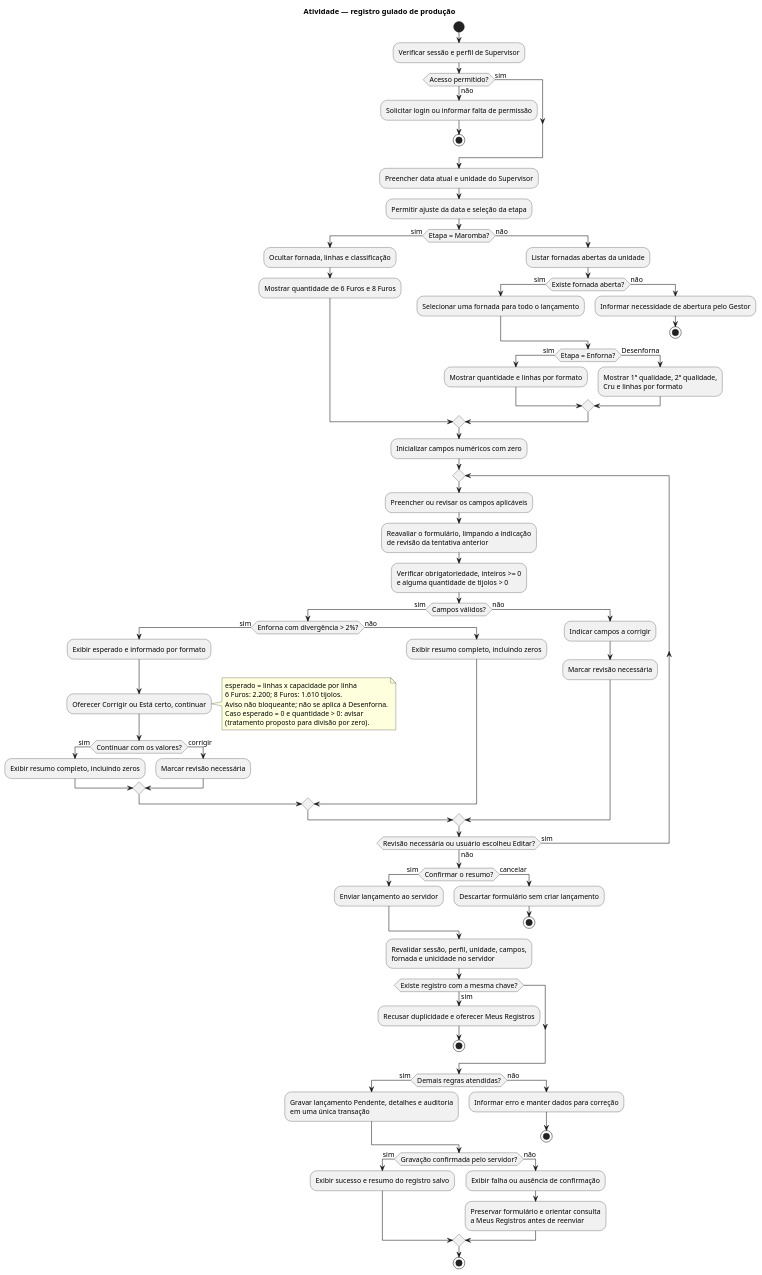
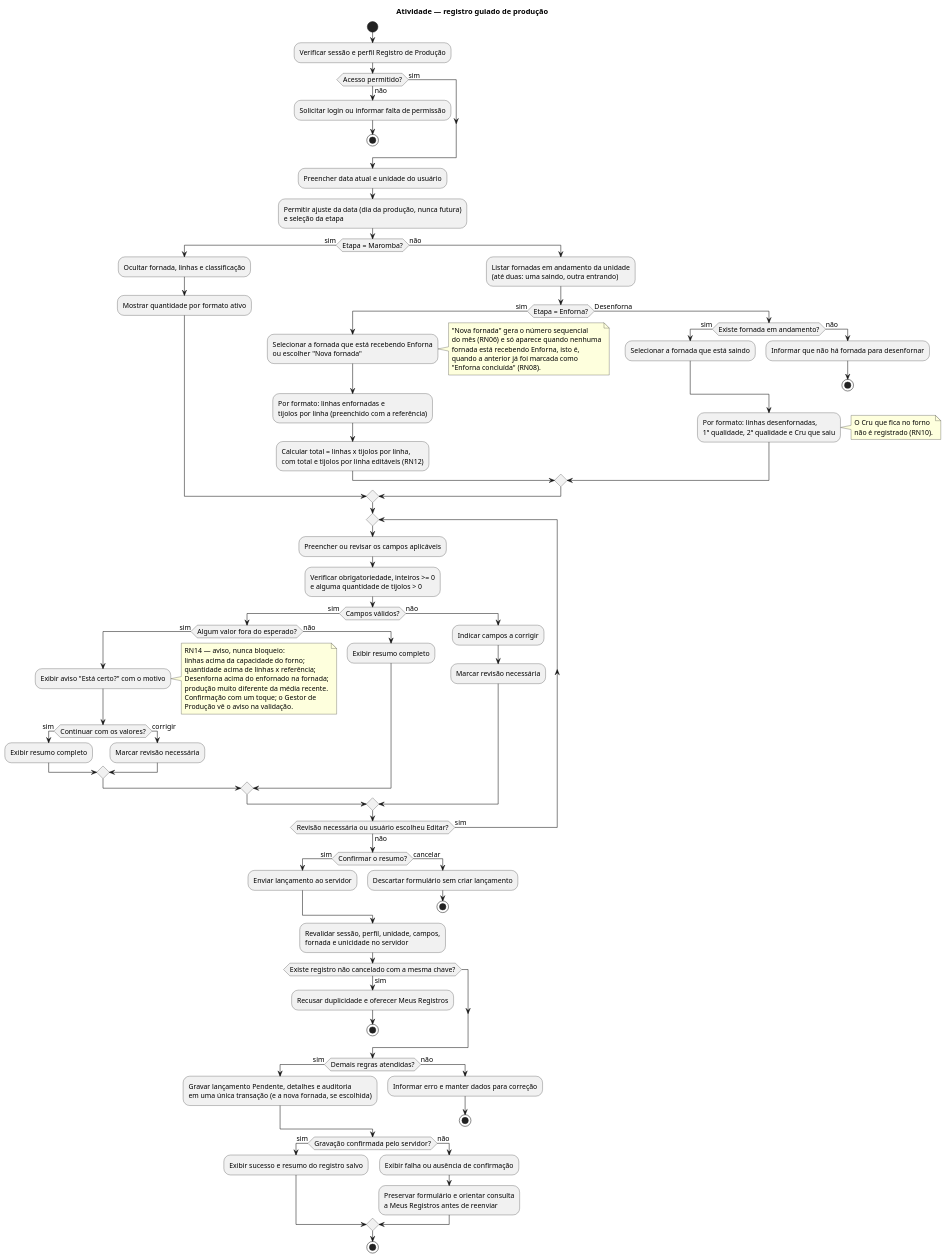
One commit to emilynerys/Projeto-Cer-mica-SOCRE changed the diagram in docs/uml/03_atividade_registrar_producao.puml. Above: the diagram before and after it, drawn with PlantUML. The commit also changed 21 other files, not shown here.

First line of the commit message:
Revisa os diagramas UML com o levantamento de outubro/2026

```diff
--- a/docs/uml/03_atividade_registrar_producao.puml
+++ b/docs/uml/03_atividade_registrar_producao.puml
@@ -1,96 +1,112 @@
 @startuml
 skinparam shadowing false
 skinparam defaultFontName Arial
 skinparam defaultFontSize 13
 title Atividade — registro guiado de produção
 
 start
-:Verificar sessão e perfil de Supervisor;
+:Verificar sessão e perfil Registro de Produção;
 if (Acesso permitido?) then (sim)
 else (não)
   :Solicitar login ou informar falta de permissão;
   stop
 endif
-:Preencher data atual e unidade do Supervisor;
-:Permitir ajuste da data e seleção da etapa;
+:Preencher data atual e unidade do usuário;
+:Permitir ajuste da data (dia da produção, nunca futura)
+e seleção da etapa;
 
 if (Etapa = Maromba?) then (sim)
   :Ocultar fornada, linhas e classificação;
-  :Mostrar quantidade de 6 Furos e 8 Furos;
+  :Mostrar quantidade por formato ativo;
 else (não)
-  :Listar fornadas abertas da unidade;
-  if (Existe fornada aberta?) then (sim)
-    :Selecionar uma fornada para todo o lançamento;
-  else (não)
-    :Informar necessidade de abertura pelo Gestor;
-    stop
-  endif
+  :Listar fornadas em andamento da unidade
+  (até duas: uma saindo, outra entrando);
   if (Etapa = Enforna?) then (sim)
-    :Mostrar quantidade e linhas por formato;
+    :Selecionar a fornada que está recebendo Enforna
+    ou escolher "Nova fornada";
+    note right
+      "Nova fornada" gera o número sequencial
+      do mês (RN06) e só aparece quando nenhuma
+      fornada está recebendo Enforna, isto é,
+      quando a anterior já foi marcada como
+      "Enforna concluída" (RN08).
+    end note
+    :Por formato: linhas enfornadas e
+    tijolos por linha (preenchido com a referência);
+    :Calcular total = linhas x tijolos por linha,
+    com total e tijolos por linha editáveis (RN12);
   else (Desenforna)
-    :Mostrar 1ª qualidade, 2ª qualidade,
-    Cru e linhas por formato;
+    if (Existe fornada em andamento?) then (sim)
+      :Selecionar a fornada que está saindo;
+    else (não)
+      :Informar que não há fornada para desenfornar;
+      stop
+    endif
+    :Por formato: linhas desenfornadas,
+    1ª qualidade, 2ª qualidade e Cru que saiu;
+    note right
+      O Cru que fica no forno
+      não é registrado (RN10).
+    end note
   endif
 endif
 
-:Inicializar campos numéricos com zero;
 repeat
   :Preencher ou revisar os campos aplicáveis;
-  :Reavaliar o formulário, limpando a indicação
-  de revisão da tentativa anterior;
   :Verificar obrigatoriedade, inteiros >= 0
   e alguma quantidade de tijolos > 0;
   if (Campos válidos?) then (sim)
-    if (Enforna com divergência > 2%?) then (sim)
-      :Exibir esperado e informado por formato;
-      :Oferecer Corrigir ou Está certo, continuar;
+    if (Algum valor fora do esperado?) then (sim)
+      :Exibir aviso "Está certo?" com o motivo;
       note right
-        esperado = linhas x capacidade por linha
-        6 Furos: 2.200; 8 Furos: 1.610 tijolos.
-        Aviso não bloqueante; não se aplica à Desenforna.
-        Caso esperado = 0 e quantidade > 0: avisar
-        (tratamento proposto para divisão por zero).
+        RN14 — aviso, nunca bloqueio:
+        linhas acima da capacidade do forno;
+        quantidade acima de linhas x referência;
+        Desenforna acima do enfornado na fornada;
+        produção muito diferente da média recente.
+        Confirmação com um toque; o Gestor de
+        Produção vê o aviso na validação.
       end note
       if (Continuar com os valores?) then (sim)
-        :Exibir resumo completo, incluindo zeros;
+        :Exibir resumo completo;
       else (corrigir)
         :Marcar revisão necessária;
       endif
     else (não)
-      :Exibir resumo completo, incluindo zeros;
+      :Exibir resumo completo;
     endif
   else (não)
     :Indicar campos a corrigir;
     :Marcar revisão necessária;
   endif
 repeat while (Revisão necessária ou usuário escolheu Editar?) is (sim) not (não)
 
 if (Confirmar o resumo?) then (sim)
   :Enviar lançamento ao servidor;
 else (cancelar)
   :Descartar formulário sem criar lançamento;
   stop
 endif
 
 :Revalidar sessão, perfil, unidade, campos,
 fornada e unicidade no servidor;
-if (Existe registro com a mesma chave?) then (sim)
+if (Existe registro não cancelado com a mesma chave?) then (sim)
   :Recusar duplicidade e oferecer Meus Registros;
   stop
 endif
 if (Demais regras atendidas?) then (sim)
   :Gravar lançamento Pendente, detalhes e auditoria
-  em uma única transação;
+  em uma única transação (e a nova fornada, se escolhida);
 else (não)
   :Informar erro e manter dados para correção;
   stop
 endif
 if (Gravação confirmada pelo servidor?) then (sim)
   :Exibir sucesso e resumo do registro salvo;
 else (não)
   :Exibir falha ou ausência de confirmação;
   :Preservar formulário e orientar consulta
   a Meus Registros antes de reenviar;
 endif
 stop
 @enduml
```
